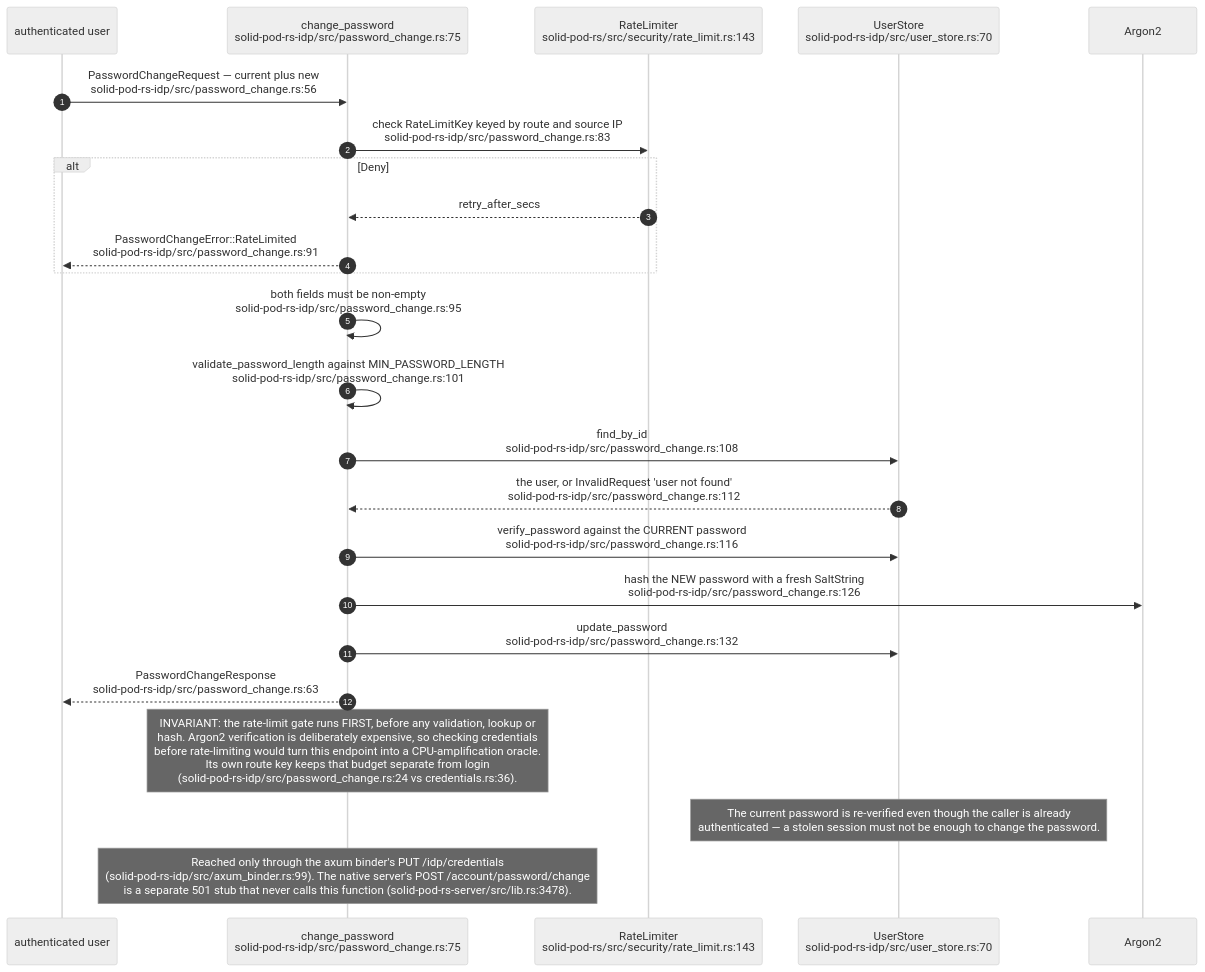
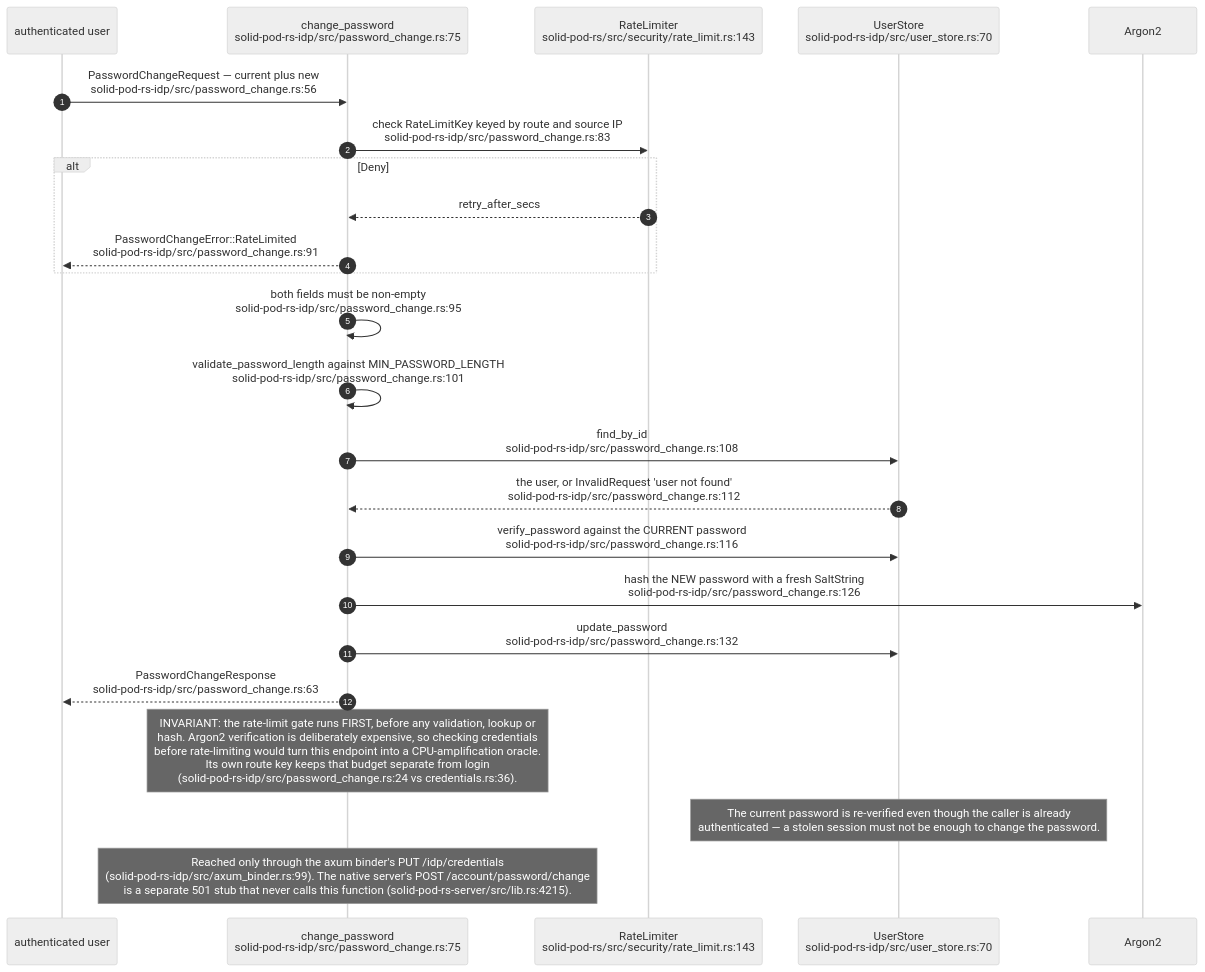
Diagram 17 of 18 in docs/diagrams/solid-pod-rs/05-identity-nip98-did-oidc.md (DreamLab-AI/VisionFlow), drawn with Mermaid (neutral theme) before and after one commit. The commit also changed other lines of this file and 2 other files, not shown here.

First line of the commit message:
docs(diagrams): SP-05, SP-11, SP-12 re-verified at solid-pod-rs a28a748

````diff
--- a/docs/diagrams/solid-pod-rs/05-identity-nip98-did-oidc.md
+++ b/docs/diagrams/solid-pod-rs/05-identity-nip98-did-oidc.md
@@ -532,28 +549,28 @@
 ```mermaid
 sequenceDiagram
     autonumber
     participant C as authenticated user
     participant P as change_password<br/>solid-pod-rs-idp/src/password_change.rs:75
     participant L as RateLimiter<br/>solid-pod-rs/src/security/rate_limit.rs:143
     participant U as UserStore<br/>solid-pod-rs-idp/src/user_store.rs:70
     participant A as Argon2
 
     C->>P: PasswordChangeRequest — current plus new<br/>solid-pod-rs-idp/src/password_change.rs:56
     P->>L: check RateLimitKey keyed by route and source IP<br/>solid-pod-rs-idp/src/password_change.rs:83
     alt Deny
         L-->>P: retry_after_secs
         P-->>C: PasswordChangeError::RateLimited<br/>solid-pod-rs-idp/src/password_change.rs:91
     end
     P->>P: both fields must be non-empty<br/>solid-pod-rs-idp/src/password_change.rs:95
     P->>P: validate_password_length against MIN_PASSWORD_LENGTH<br/>solid-pod-rs-idp/src/password_change.rs:101
     P->>U: find_by_id<br/>solid-pod-rs-idp/src/password_change.rs:108
     U-->>P: the user, or InvalidRequest 'user not found'<br/>solid-pod-rs-idp/src/password_change.rs:112
     P->>U: verify_password against the CURRENT password<br/>solid-pod-rs-idp/src/password_change.rs:116
     P->>A: hash the NEW password with a fresh SaltString<br/>solid-pod-rs-idp/src/password_change.rs:126
     P->>U: update_password<br/>solid-pod-rs-idp/src/password_change.rs:132
     P-->>C: PasswordChangeResponse<br/>solid-pod-rs-idp/src/password_change.rs:63
 
     Note over P: INVARIANT: the rate-limit gate runs FIRST, before any validation, lookup or<br/>hash. Argon2 verification is deliberately expensive, so checking credentials<br/>before rate-limiting would turn this endpoint into a CPU-amplification oracle.<br/>Its own route key keeps that budget separate from login<br/>(solid-pod-rs-idp/src/password_change.rs:24 vs credentials.rs:36).
     Note over U: The current password is re-verified even though the caller is already<br/>authenticated — a stolen session must not be enough to change the password.
-    Note over P: Reached only through the axum binder's PUT /idp/credentials<br/>(solid-pod-rs-idp/src/axum_binder.rs:99). The native server's POST /account/password/change<br/>is a separate 501 stub that never calls this function (solid-pod-rs-server/src/lib.rs:3478).
+    Note over P: Reached only through the axum binder's PUT /idp/credentials<br/>(solid-pod-rs-idp/src/axum_binder.rs:99). The native server's POST /account/password/change<br/>is a separate 501 stub that never calls this function (solid-pod-rs-server/src/lib.rs:4215).
 ```
````
